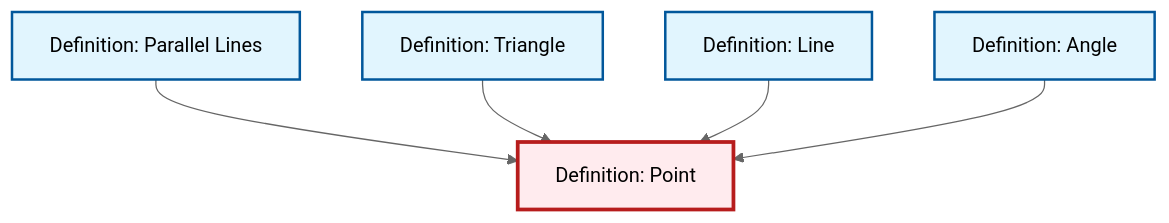
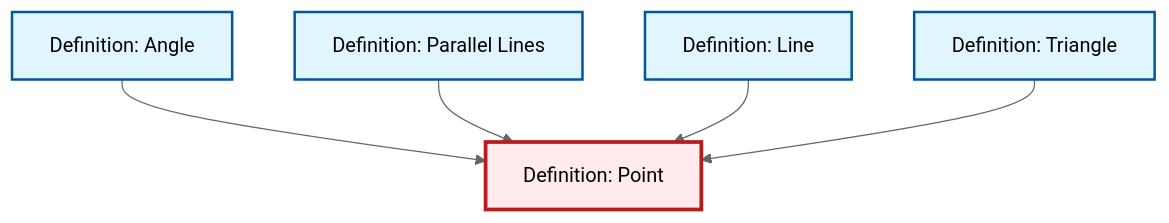
One commit to RK0429/ModernMath changed the diagram in content/en/geometry/def-point.qmd. Above: the diagram before and after it, drawn with Mermaid (neutral theme). The commit also changed other lines of this file and 619 other files, not shown here.

````diff
--- a/content/en/geometry/def-point.qmd
+++ b/content/en/geometry/def-point.qmd
@@ -39,23 +39,23 @@
 ```{mermaid}
 %%| fig-cap: "Local dependency graph"
 graph TD
     classDef definition fill:#e1f5fe,stroke:#01579b,stroke-width:2px
     classDef theorem fill:#f3e5f5,stroke:#4a148c,stroke-width:2px
     classDef axiom fill:#fff3e0,stroke:#e65100,stroke-width:2px
     classDef example fill:#e8f5e9,stroke:#1b5e20,stroke-width:2px
     classDef current fill:#ffebee,stroke:#b71c1c,stroke-width:3px
+    def-parallel["Definition: Parallel Lines"]:::definition
+    def-point["Definition: Point"]:::definition
     def-triangle["Definition: Triangle"]:::definition
     def-line["Definition: Line"]:::definition
     def-angle["Definition: Angle"]:::definition
-    def-parallel["Definition: Parallel Lines"]:::definition
-    def-point["Definition: Point"]:::definition
+    def-angle --> def-point
     def-parallel --> def-point
+    def-line --> def-point
     def-triangle --> def-point
-    def-line --> def-point
-    def-angle --> def-point
     class def-point current
+    click def-parallel "def-parallel.html" "Go to Parallel Lines definition"
     click def-triangle "def-triangle.html" "Go to Triangle definition"
     click def-line "def-line.html" "Go to Line definition"
     click def-angle "def-angle.html" "Go to Angle definition"
-    click def-parallel "def-parallel.html" "Go to Parallel Lines definition"
 ```
````
